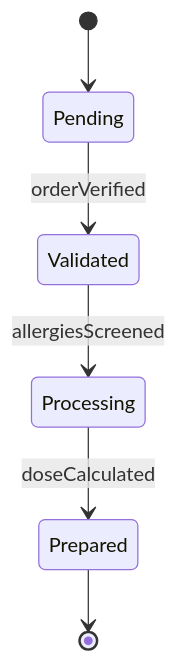
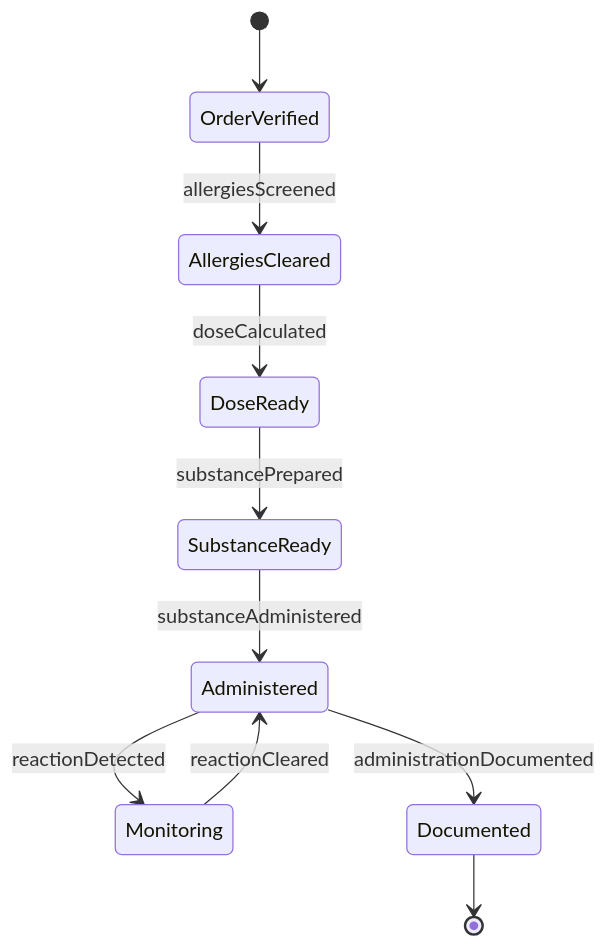
One commit to dot-org-ai/tasks.org.ai changed the second of 4 diagrams in AssistingAndCaringForOthers/AdministerBasicHealthCareOrMedicalTreatments/AdministerMedicalSubstancesImagingProcedures.mdx. Above: the diagram before and after it, drawn with Mermaid. The commit also changed other lines of this file and 32 other files, not shown here.

First line of the commit message:
fix: Improve ER and State diagrams in 32 AssistingAndCaringForOthers DWA files

````diff
--- a/AssistingAndCaringForOthers/AdministerBasicHealthCareOrMedicalTreatments/AdministerMedicalSubstancesImagingProcedures.mdx
+++ b/AssistingAndCaringForOthers/AdministerBasicHealthCareOrMedicalTreatments/AdministerMedicalSubstancesImagingProcedures.mdx
@@ -99,8 +99,12 @@
 ```mermaid
 stateDiagram-v2
-    [*] --> Pending
-    Pending --> Validated : orderVerified
-    Validated --> Processing : allergiesScreened
-    Processing --> Prepared : doseCalculated
-    Prepared --> [*]
+    [*] --> OrderVerified
+    OrderVerified --> AllergiesCleared : allergiesScreened
+    AllergiesCleared --> DoseReady : doseCalculated
+    DoseReady --> SubstanceReady : substancePrepared
+    SubstanceReady --> Administered : substanceAdministered
+    Administered --> Monitoring : reactionDetected
+    Monitoring --> Administered : reactionCleared
+    Administered --> Documented : administrationDocumented
+    Documented --> [*]
 ```
````
